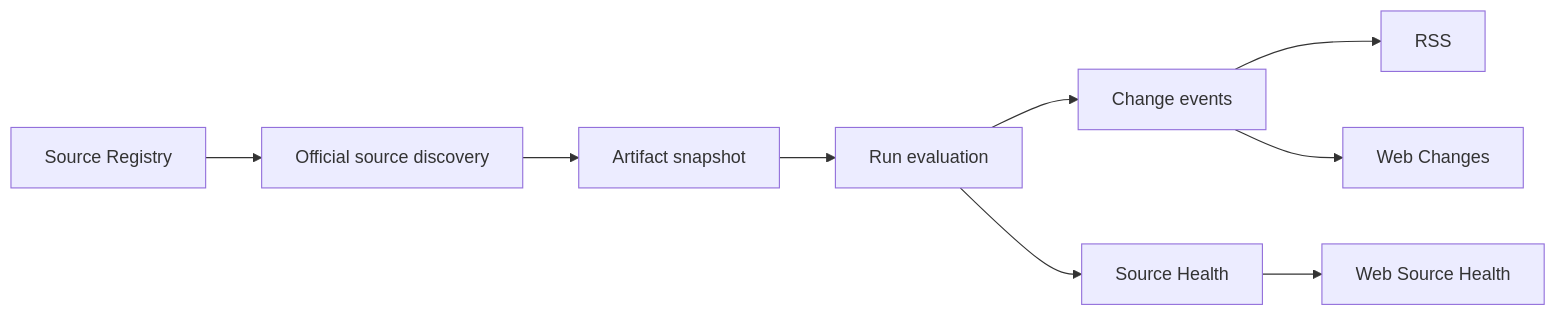
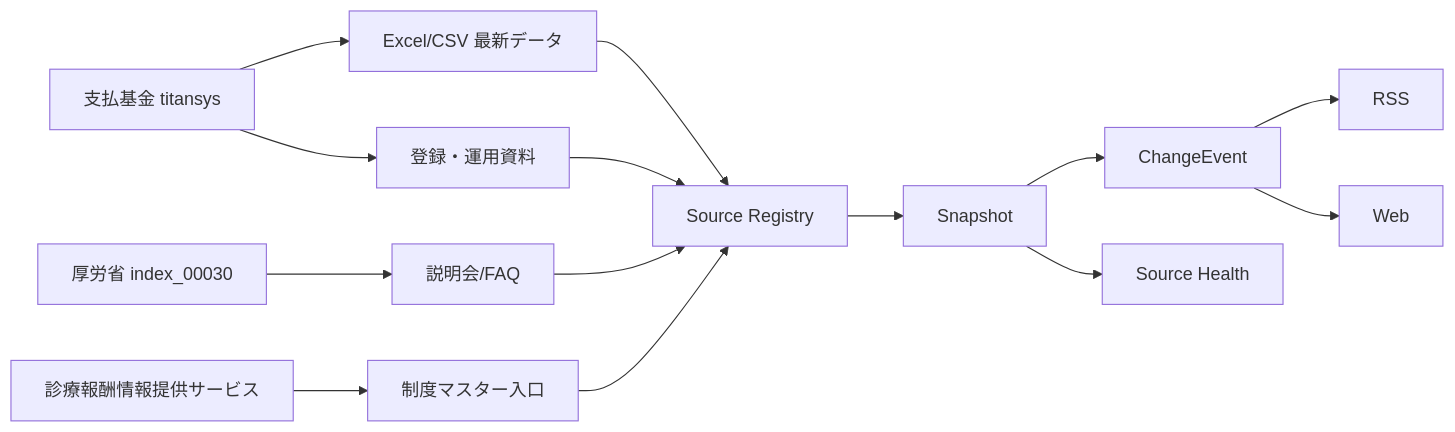
The diagram in docs/information-scope.md (ryugen04/chitan-watch), drawn with Mermaid before and after one commit. The commit also changed other lines of this file and 6 other files, not shown here.

````diff
--- a/docs/information-scope.md
+++ b/docs/information-scope.md
@@ -85,11 +81,16 @@
 ```mermaid
 flowchart LR
-  A[Source Registry] --> B[Official source discovery]
-  B --> C[Artifact snapshot]
-  C --> D[Run evaluation]
-  D --> E[Change events]
-  D --> F[Source Health]
-  E --> G[RSS]
-  E --> H[Web Changes]
-  F --> I[Web Source Health]
+  A[支払基金 titansys] --> B[Excel/CSV 最新データ]
+  A --> C[登録・運用資料]
+  D[厚労省 index_00030] --> E[説明会/FAQ]
+  F[診療報酬情報提供サービス] --> G[制度マスター入口]
+  B --> H[Source Registry]
+  C --> H
+  E --> H
+  G --> H
+  H --> I[Snapshot]
+  I --> J[ChangeEvent]
+  J --> K[RSS]
+  J --> L[Web]
+  I --> M[Source Health]
 ```
````
